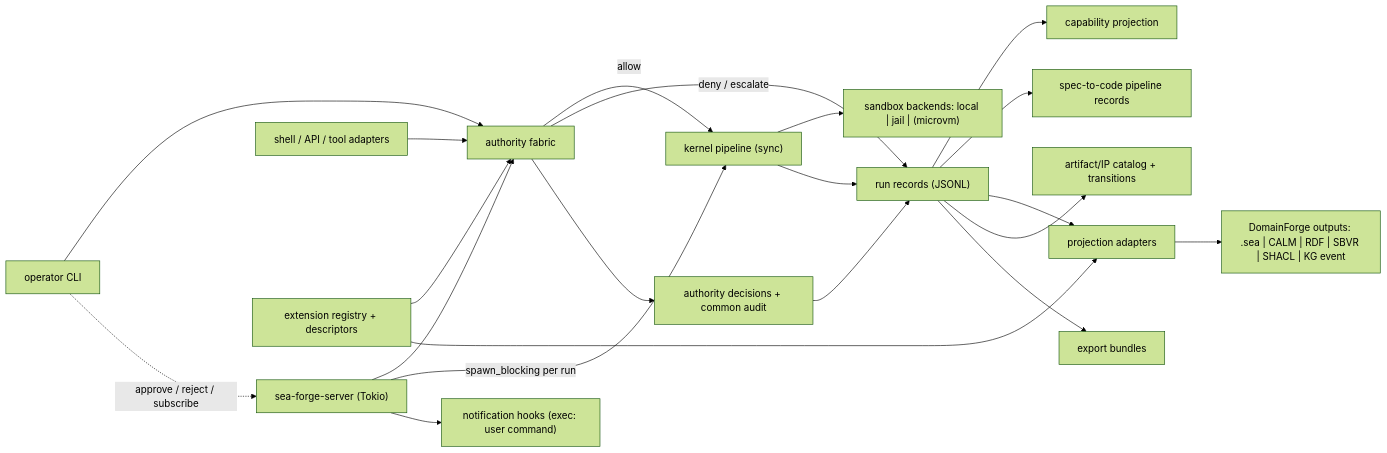
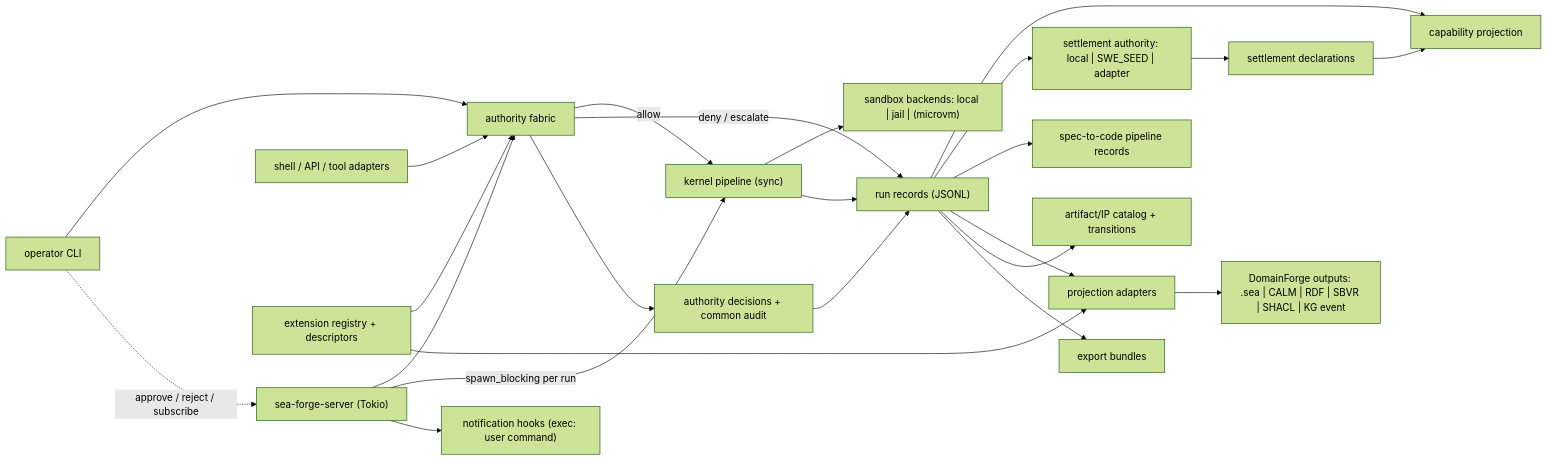
One commit to GodSpeedAI/SEA-Forge changed the diagram in .agents/specs/spec-full.md. Above: the diagram before and after it, drawn with Mermaid (forest theme). The commit also changed other lines of this file and 4 other files, not shown here.

````diff
--- a/.agents/specs/spec-full.md
+++ b/.agents/specs/spec-full.md
@@ -208,23 +215,26 @@
 ```mermaid
 flowchart LR
   OpCLI["operator CLI"] --> Auth["authority fabric"]
   Server["sea-forge-server (Tokio)"] --> Auth
   Shell["shell / API / tool adapters"] --> Auth
   Auth -->|allow| K["kernel pipeline (sync)"]
   Auth -->|deny / escalate| Records
   Server -->|spawn_blocking per run| K
   OpCLI -.->|approve / reject / subscribe| Server
   K --> Sandbox["sandbox backends: local | jail | (microvm)"]
   K --> Records["run records (JSONL)"]
   Auth --> Audit["authority decisions + common audit"]
   Audit --> Records
   Records --> Cap["capability projection"]
+  Records --> SettleAuth["settlement authority: local | SWE_SEED | adapter"]
+  SettleAuth --> Decl["settlement declarations"]
+  Decl --> Cap
   Records --> SpecPipe["spec-to-code pipeline records"]
   Ext["extension registry + descriptors"] --> Auth
   Ext --> Proj["projection adapters"]
   Records --> Proj
   Proj --> DF["DomainForge outputs: .sea | CALM | RDF | SBVR | SHACL | KG event"]
   Records --> IP["artifact/IP catalog + transitions"]
   Records --> Cell["export bundles"]
   Server --> Notif["notification hooks (exec: user command)"]
 ```
````
